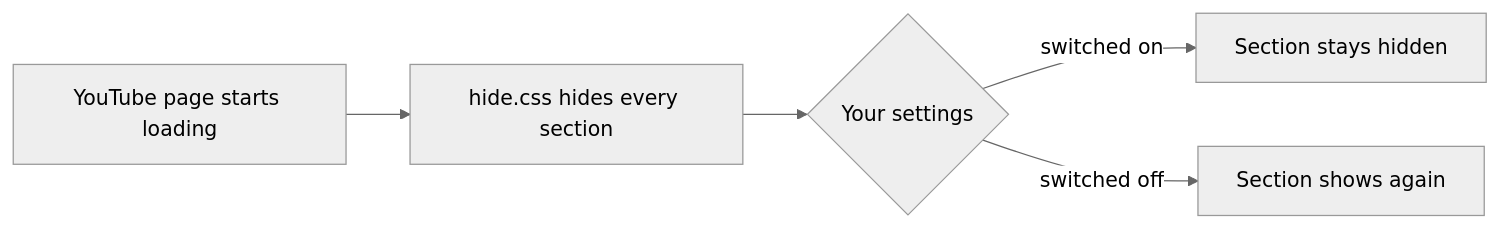
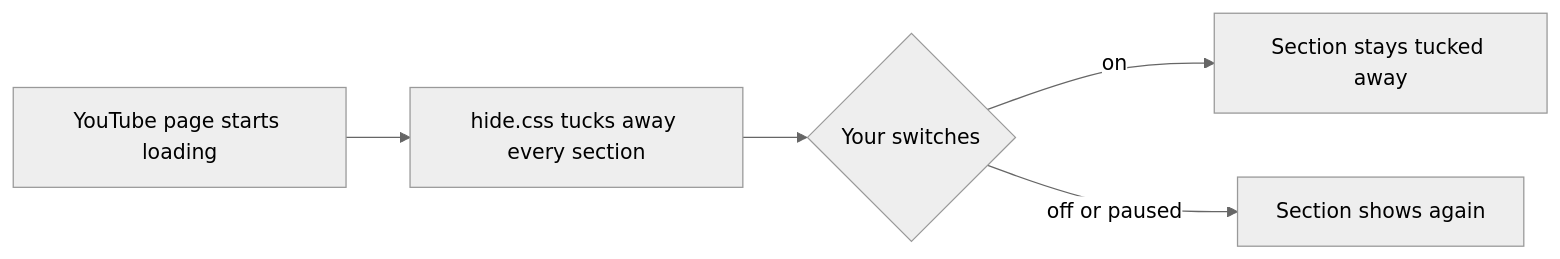
Before and after one commit to aenimaa/focus-mode-for-youtube: the diagram in README.md, drawn with Mermaid (neutral theme). The commit also changed other lines of this file and 30 other files, not shown here.

First line of the commit message:
v3.0.0: Focus Mode for YouTube

````diff
--- a/README.md
+++ b/README.md
@@ -89,7 +151,7 @@
 ```mermaid
 flowchart LR
-  A[YouTube page starts loading] --> B[hide.css hides every section]
-  B --> C{Your settings}
-  C -- switched on --> D[Section stays hidden]
-  C -- switched off --> E[Section shows again]
+  A[YouTube page starts loading] --> B[hide.css tucks away every section]
+  B --> C{Your switches}
+  C -- on --> D[Section stays tucked away]
+  C -- off or paused --> E[Section shows again]
 ```
````
